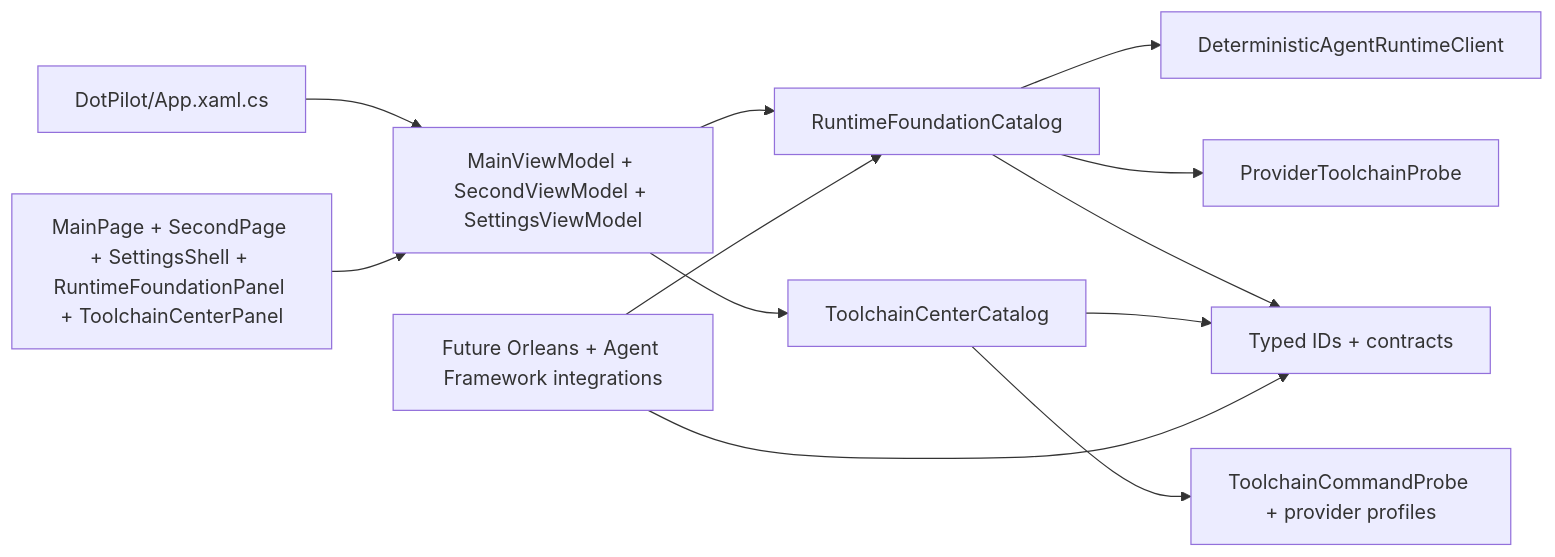
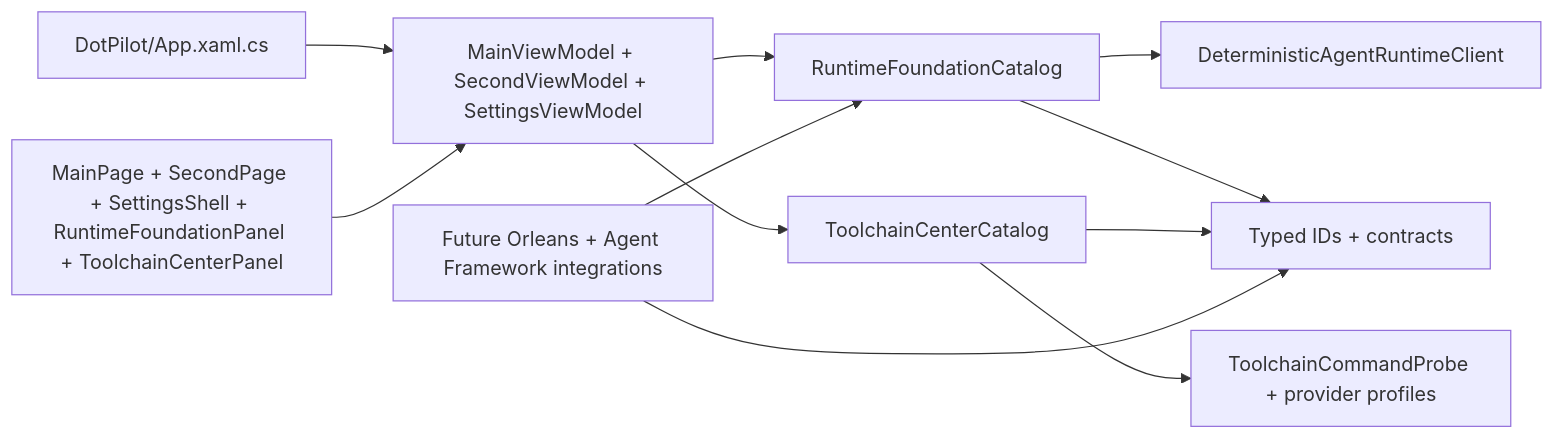
One commit to managedcode/dotPilot changed the fifth of 5 diagrams in docs/Architecture.md. Above: the diagram before and after it, drawn with Mermaid. The commit also changed 13 other files, not shown here.

````diff
--- a/docs/Architecture.md
+++ b/docs/Architecture.md
@@ -157,25 +157,23 @@
 ```mermaid
 flowchart LR
   App["DotPilot/App.xaml.cs"]
   Views["MainPage + SecondPage + SettingsShell + RuntimeFoundationPanel + ToolchainCenterPanel"]
   ViewModels["MainViewModel + SecondViewModel + SettingsViewModel"]
   Catalog["RuntimeFoundationCatalog"]
   Toolchains["ToolchainCenterCatalog"]
   TestClient["DeterministicAgentRuntimeClient"]
-  Probe["ProviderToolchainProbe"]
   ToolchainProbe["ToolchainCommandProbe + provider profiles"]
   Contracts["Typed IDs + contracts"]
   Future["Future Orleans + Agent Framework integrations"]
 
   App --> ViewModels
   Views --> ViewModels
   ViewModels --> Catalog
   ViewModels --> Toolchains
   Catalog --> TestClient
-  Catalog --> Probe
   Catalog --> Contracts
   Toolchains --> ToolchainProbe
   Toolchains --> Contracts
   Future --> Contracts
   Future --> Catalog
 ```
````
